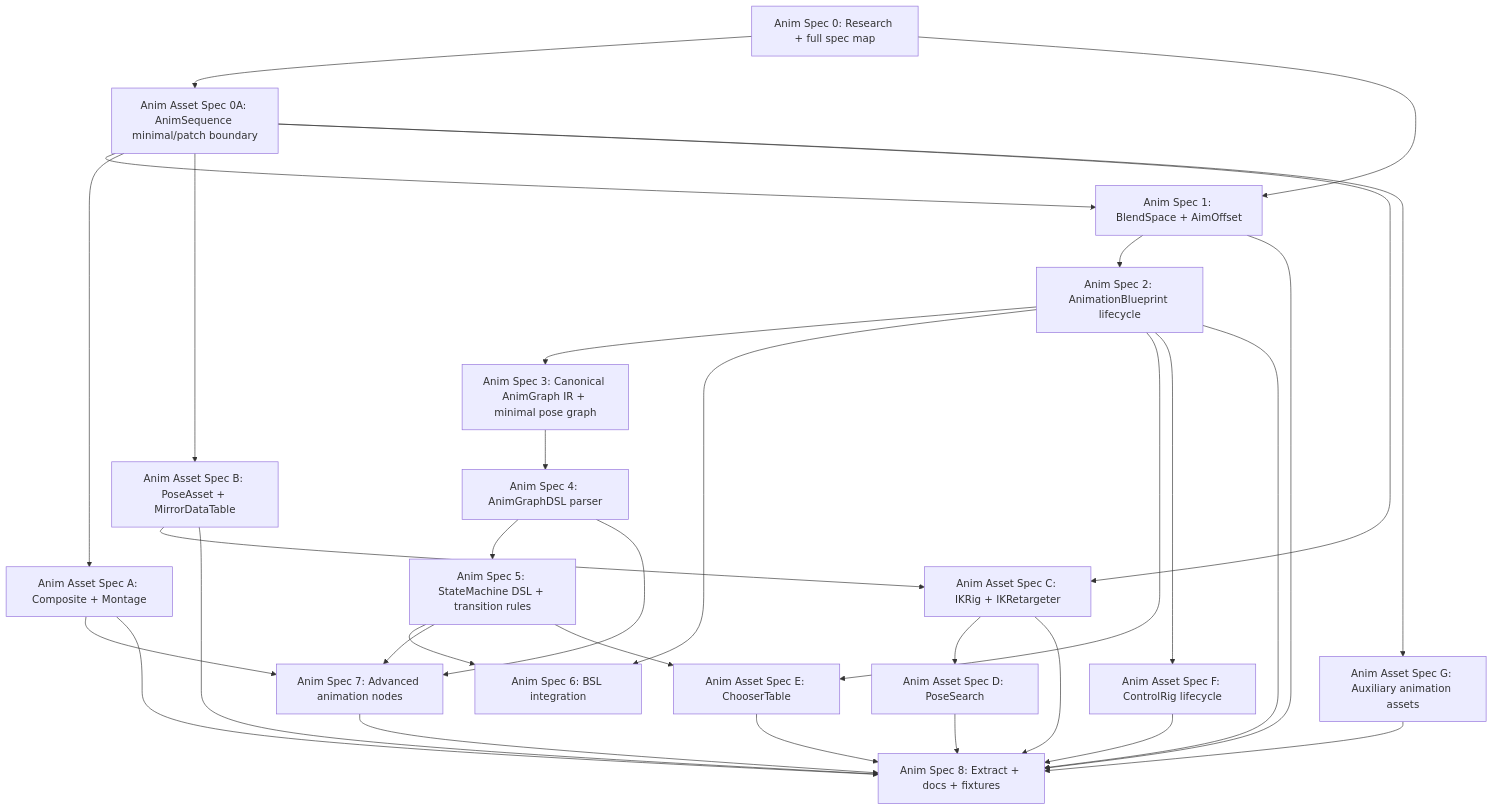
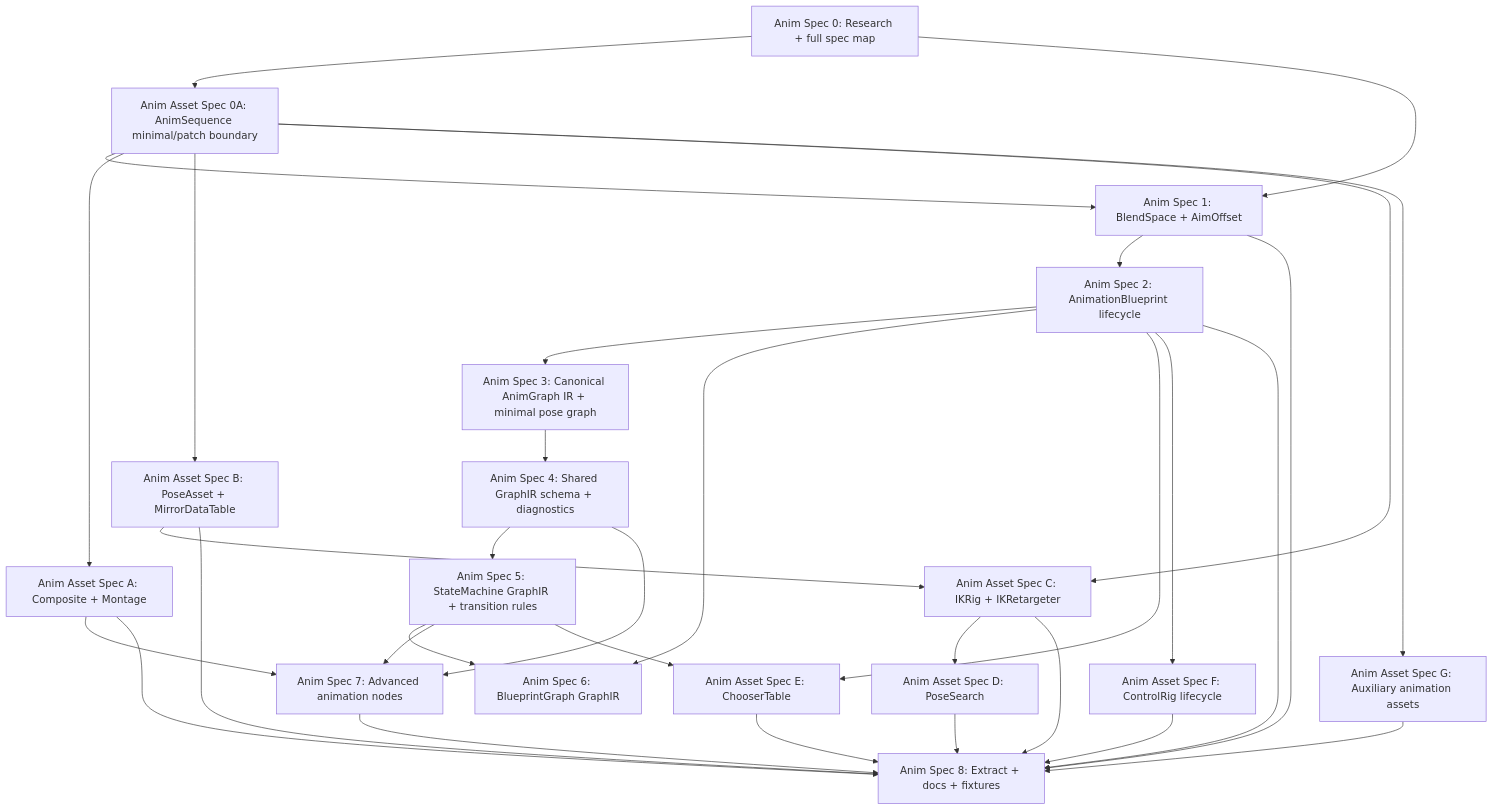
One commit to oscarrr112/UECopilot changed the diagram in docs/superpowers/specs/2026-04-30-animation-generators-spec-map.md. Above: the diagram before and after it, drawn with Mermaid. The commit also changed other lines of this file and 3 other files, not shown here.

Commit message:
docs: make graph roadmap json graphir first

````diff
--- a/docs/superpowers/specs/2026-04-30-animation-generators-spec-map.md
+++ b/docs/superpowers/specs/2026-04-30-animation-generators-spec-map.md
@@ -402,52 +422,52 @@
 ```mermaid
 flowchart TD
     S0["Anim Spec 0: Research + full spec map"]
     SA0["Anim Asset Spec 0A: AnimSequence minimal/patch boundary"]
     S1["Anim Spec 1: BlendSpace + AimOffset"]
     SA["Anim Asset Spec A: Composite + Montage"]
     SB["Anim Asset Spec B: PoseAsset + MirrorDataTable"]
     S2["Anim Spec 2: AnimationBlueprint lifecycle"]
     S3["Anim Spec 3: Canonical AnimGraph IR + minimal pose graph"]
-    S4["Anim Spec 4: AnimGraphDSL parser"]
-    S5["Anim Spec 5: StateMachine DSL + transition rules"]
-    S6["Anim Spec 6: BSL integration"]
+    S4["Anim Spec 4: Shared GraphIR schema + diagnostics"]
+    S5["Anim Spec 5: StateMachine GraphIR + transition rules"]
+    S6["Anim Spec 6: BlueprintGraph GraphIR"]
     S7["Anim Spec 7: Advanced animation nodes"]
     SC["Anim Asset Spec C: IKRig + IKRetargeter"]
     SD["Anim Asset Spec D: PoseSearch"]
     SE["Anim Asset Spec E: ChooserTable"]
     SF["Anim Asset Spec F: ControlRig lifecycle"]
     SG["Anim Asset Spec G: Auxiliary animation assets"]
     S8["Anim Spec 8: Extract + docs + fixtures"]
 
     S0 --> SA0
     S0 --> S1
     SA0 --> S1
     SA0 --> SA
     SA0 --> SB
     S1 --> S2
     SA --> S7
     S2 --> S3
     S3 --> S4
     S4 --> S5
     S2 --> S6
     S5 --> S6
     S4 --> S7
     S5 --> S7
     SA0 --> SC
     SB --> SC
     SC --> SD
     S2 --> SE
     S5 --> SE
     S2 --> SF
     SA0 --> SG
     S1 --> S8
     SA --> S8
     SB --> S8
     S2 --> S8
     S7 --> S8
     SC --> S8
     SD --> S8
     SE --> S8
     SF --> S8
     SG --> S8
 ```
````
